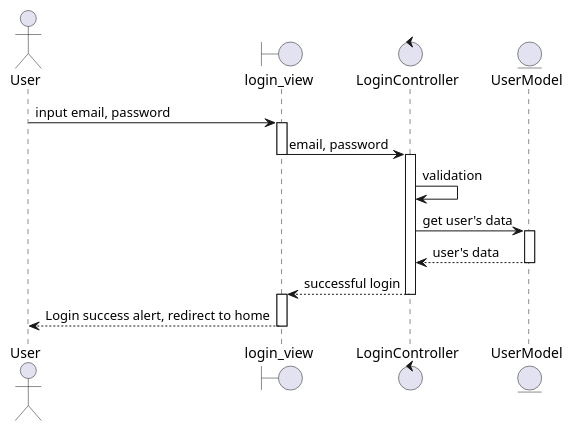
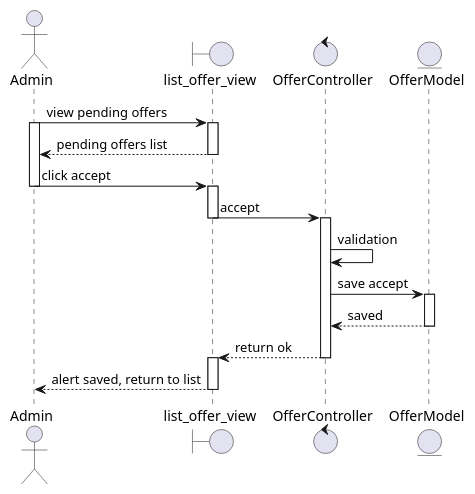
The diagram in documentss/login.puml (tuanlvse294/CHome), drawn with PlantUML before and after one commit. The commit also changed 11 other files, not shown here.

```diff
--- a/documentss/login.puml
+++ b/documentss/login.puml
@@ -1,24 +1,29 @@
 @startuml
-actor User
-boundary login_view
-control LoginController
-entity UserModel
+actor Admin
+boundary list_offer_view
+control OfferController
+entity OfferModel
 
-User -> login_view : input email, password
-deactivate User
-activate login_view
-login_view -> LoginController: email, password
-deactivate login_view
-activate LoginController
-LoginController -> LoginController : validation
-LoginController -> UserModel : get user's data
-activate UserModel
-UserModel --> LoginController : user's data
-deactivate UserModel
-LoginController --> login_view: successful login
-deactivate LoginController
-activate login_view
-login_view --> User: Login success alert, redirect to home
-deactivate login_view
+Admin -> list_offer_view : view pending offers
+activate Admin
+activate list_offer_view
+list_offer_view --> Admin : pending offers list
+deactivate list_offer_view
+Admin -> list_offer_view : click accept
+deactivate Admin
+activate list_offer_view
+list_offer_view -> OfferController: accept
+deactivate list_offer_view
+activate OfferController
+OfferController -> OfferController : validation
+OfferController -> OfferModel : save accept
+activate OfferModel
+OfferModel --> OfferController : saved
+deactivate OfferModel
+OfferController --> list_offer_view: return ok
+deactivate OfferController
+activate list_offer_view
+list_offer_view --> Admin: alert saved, return to list
+deactivate list_offer_view
 
 @enduml
```
